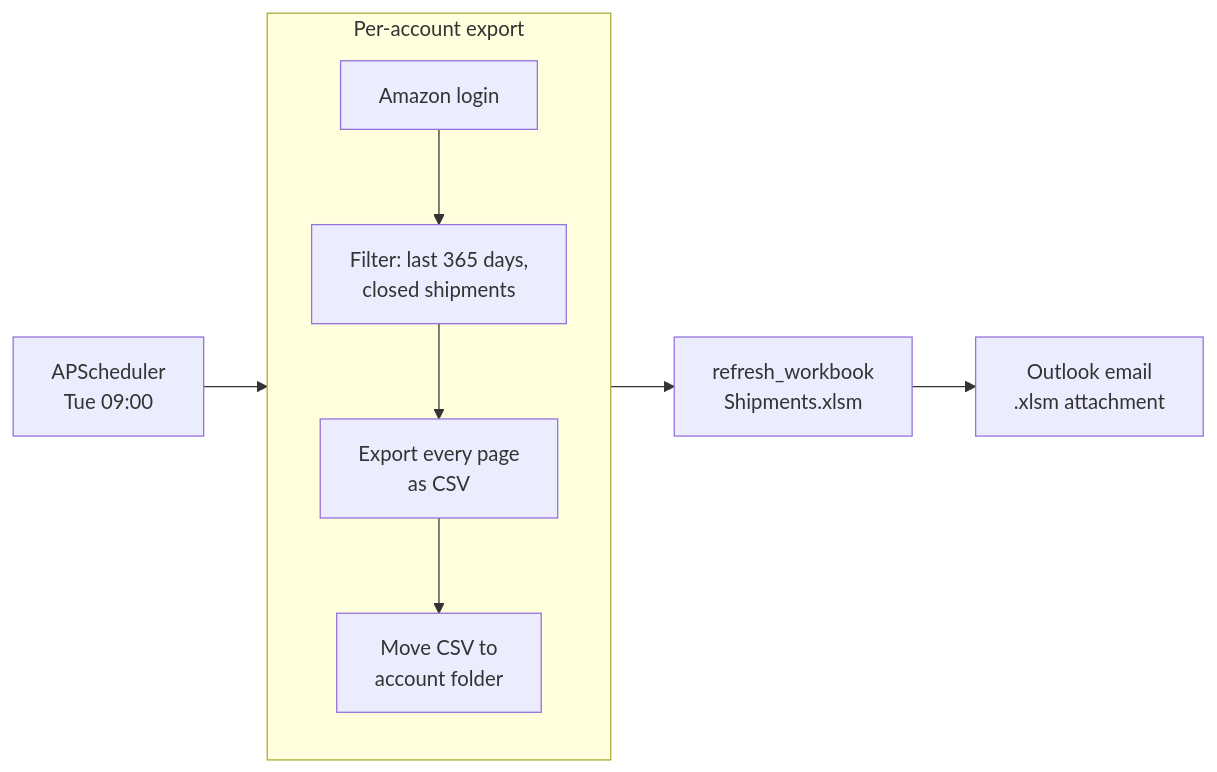
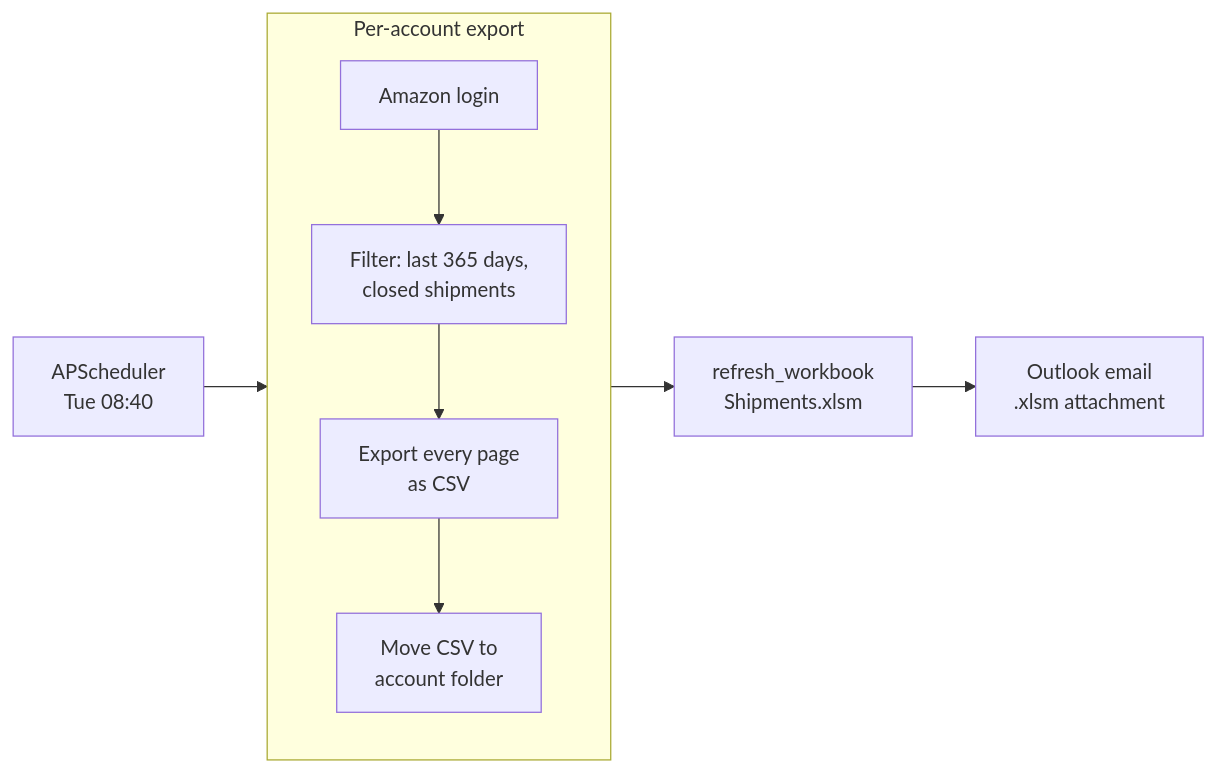
The diagram in README.md (dominicci13/amzn-shipments), drawn with Mermaid before and after one commit. The commit also changed other lines of this file and 1 other file, not shown here.

Commit message:
docs: correct schedule to Tue 08:40

````diff
--- a/README.md
+++ b/README.md
@@ -13,13 +13,13 @@
 ```mermaid
 flowchart LR
-    sched[APScheduler<br/>Tue 09:00] --> loop
+    sched[APScheduler<br/>Tue 08:40] --> loop
 
     subgraph loop[Per-account export]
         direction TB
         login[Amazon login] --> filt[Filter: last 365 days,<br/>closed shipments]
         filt --> pages[Export every page<br/>as CSV] --> move[Move CSV to<br/>account folder]
     end
 
     loop --> refresh[refresh_workbook<br/>Shipments.xlsm]
     refresh --> email[Outlook email<br/>.xlsm attachment]
 ```
````
